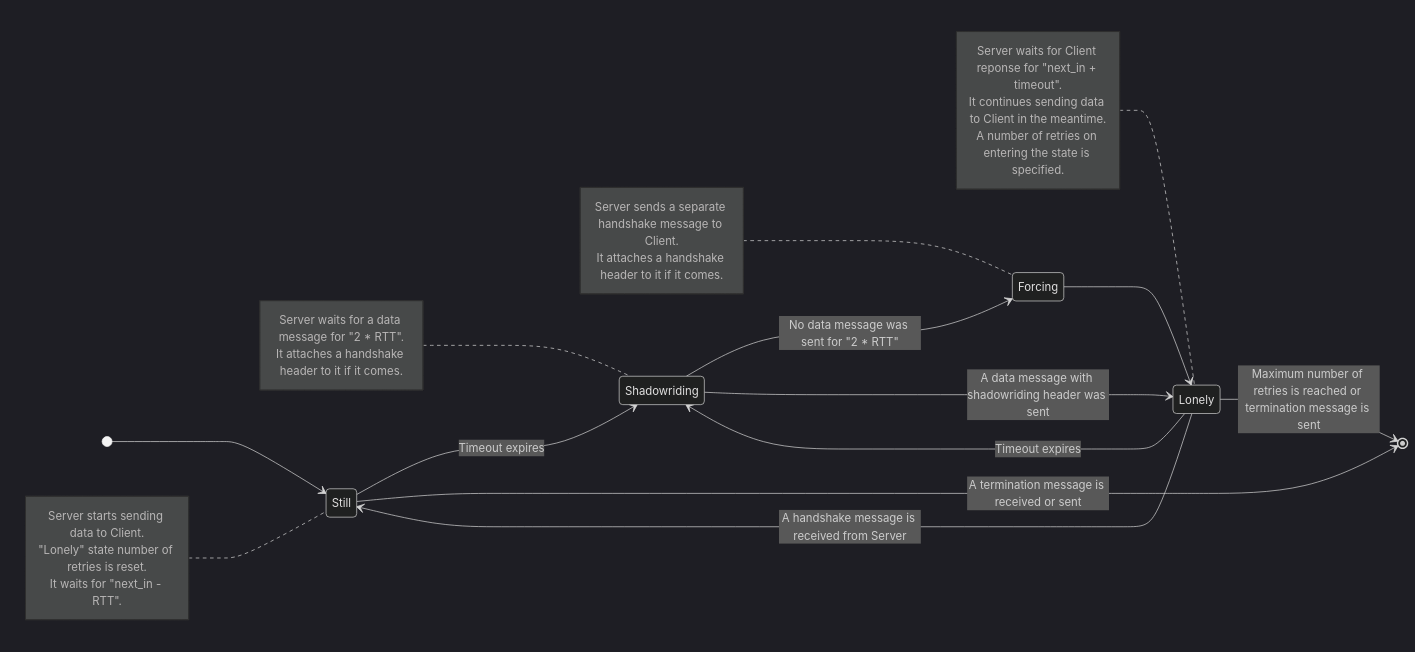
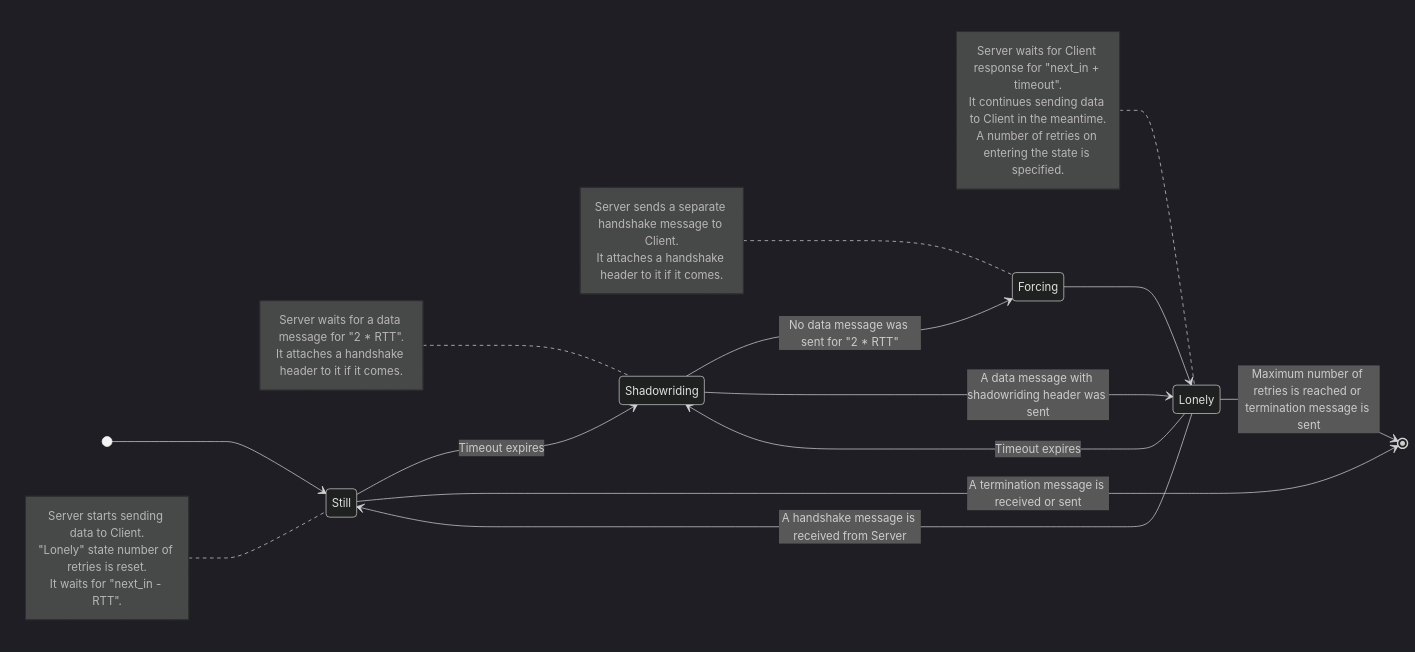
Before and after one commit to pseusys/SeasideVPN: the third of 3 diagrams in viridian/algae/typhoon/README.md, drawn with Mermaid (dark theme). The commit also changed other lines of this file and 23 other files, not shown here.

````diff
--- a/viridian/algae/typhoon/README.md
+++ b/viridian/algae/typhoon/README.md
@@ -229,35 +229,35 @@
 ```mermaid
 stateDiagram
   direction LR
 
   [*] --> Still
   Still --> Shadowriding: Timeout expires
   Still --> [*]: A termination message is received or sent
   note left of Still
     Server starts sending data to Client.
     "Lonely" state number of retries is reset.
     It waits for "next_in - RTT".
   end note
 
   Shadowriding --> Forcing: No data message was sent for "2 * RTT"
   Shadowriding --> Lonely: A data message with shadowriding header was sent
   note left of Shadowriding
     Server waits for a data message for "2 * RTT".
     It attaches a handshake header to it if it comes.
   end note
 
   Forcing --> Lonely: 
   note left of Forcing
     Server sends a separate handshake message to Client.
     It attaches a handshake header to it if it comes.
   end note
 
   Lonely --> [*]: Maximum number of retries is reached or termination message is sent
   Lonely --> Still: A handshake message is received from Server
   Lonely --> Shadowriding: Timeout expires
   note left of Lonely
-    Server waits for Client reponse for "next_in + timeout".
+    Server waits for Client response for "next_in + timeout".
     It continues sending data to Client in the meantime.
     A number of retries on entering the state is specified.
   end note
 ```
````
